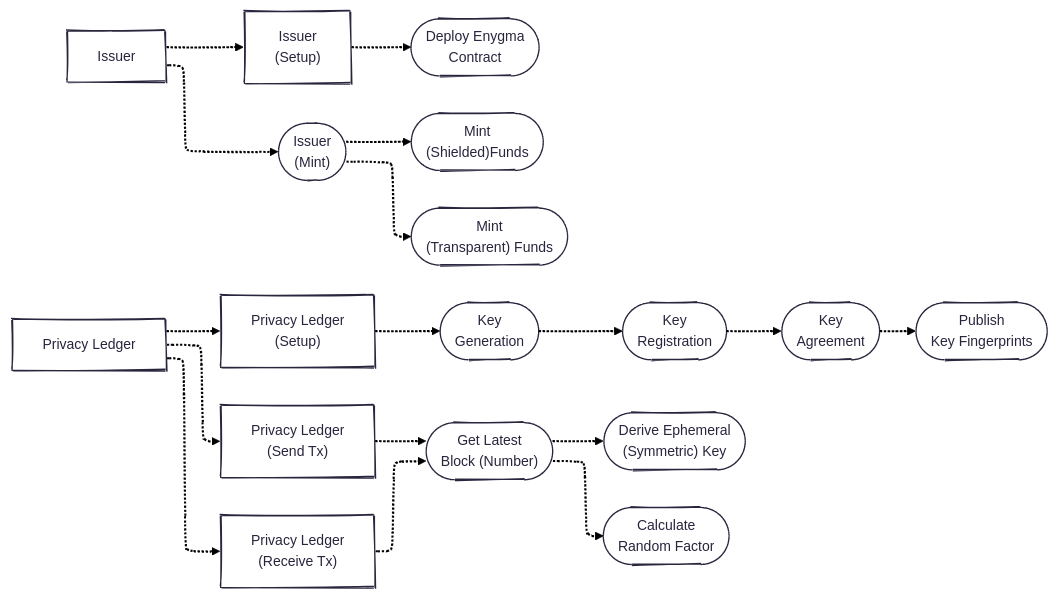
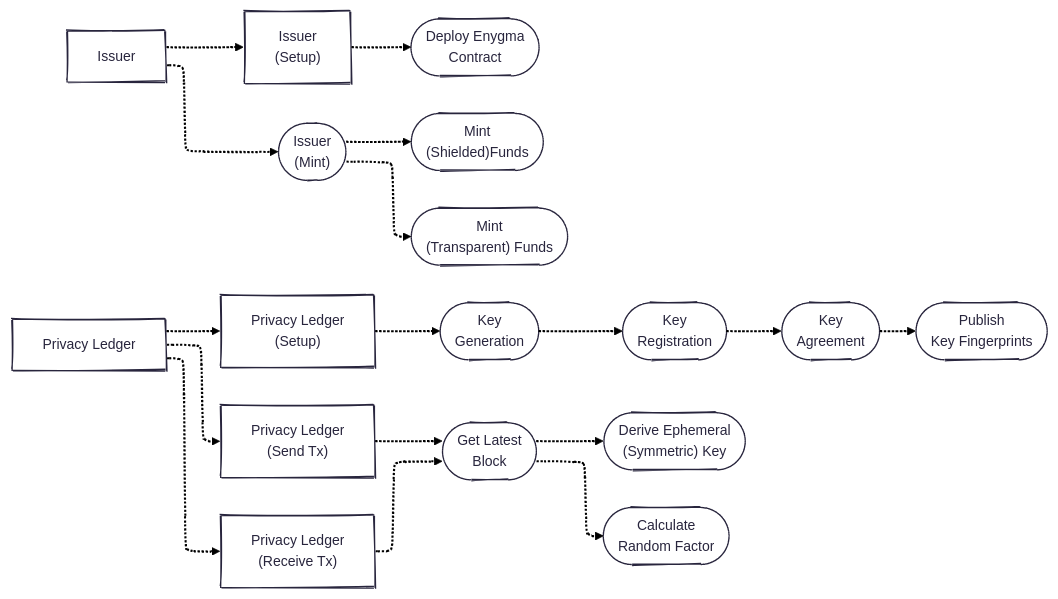
Before and after one commit to raylsnetwork/Enygma: the second of 3 diagrams in enygma_payments/README.md, drawn with Mermaid.

Commit message:
Fix formatting in README for getblock description

````diff
--- a/enygma_payments/README.md
+++ b/enygma_payments/README.md
@@ -52,40 +52,40 @@
 ```mermaid
 ---
 config:
   theme: redux
   layout: elk
   look: handDrawn
 ---
 flowchart LR
     issuer["Issuer"]
     i_setup["Issuer<br>(Setup)"]
     deploy(["Deploy Enygma<br>Contract"])
 
     i_mint(["Issuer<br>(Mint)"])
     mint_shield(["Mint<br>(Shielded)Funds"])
     mint_transparent(["Mint<br>(Transparent) Funds"])
 
     pl["Privacy Ledger"]
     pl_setup["Privacy Ledger<br>(Setup)"]
     keygen(["Key<br>Generation"])
     register(["Key<br>Registration"])
     kem(["Key<br>Agreement"])
     publish(["Publish<br>Key Fingerprints"])
 
     pl_send["Privacy Ledger<br>(Send Tx)"]
-    getblock(["Get Latest<br>Block (Number)"])
+    getblock(["Get Latest<br>Block"])
     derivekey(["Derive Ephemeral<br>(Symmetric) Key"])
     calcR(["Calculate<br>Random Factor"])
 
     pl_receive["Privacy Ledger<br>(Receive Tx)"]
 
 
     issuer -.-> i_setup & i_mint
     i_setup -.-> deploy
     i_mint -.-> mint_shield & mint_transparent
 
     pl -.-> pl_setup & pl_send & pl_receive
 
     pl_setup -.-> keygen -.-> register -.-> kem -.-> publish
     pl_send & pl_receive -.-> getblock -.-> derivekey & calcR
 ```
````
